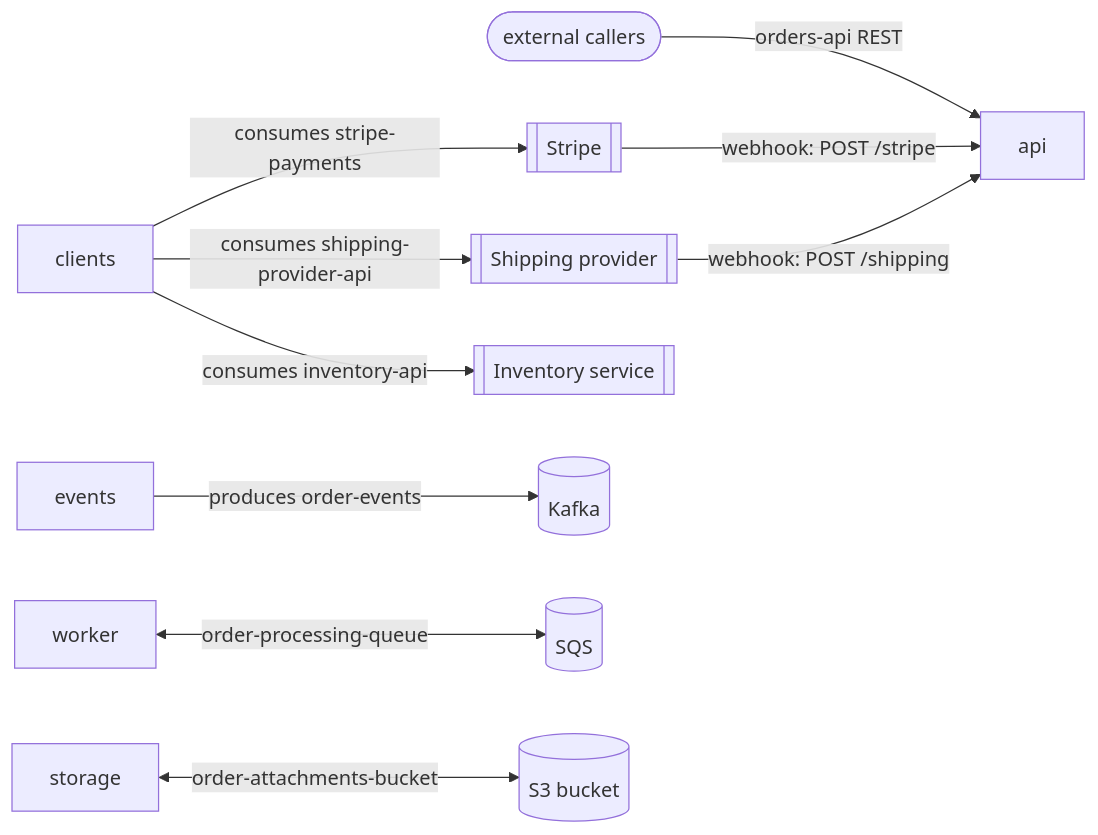
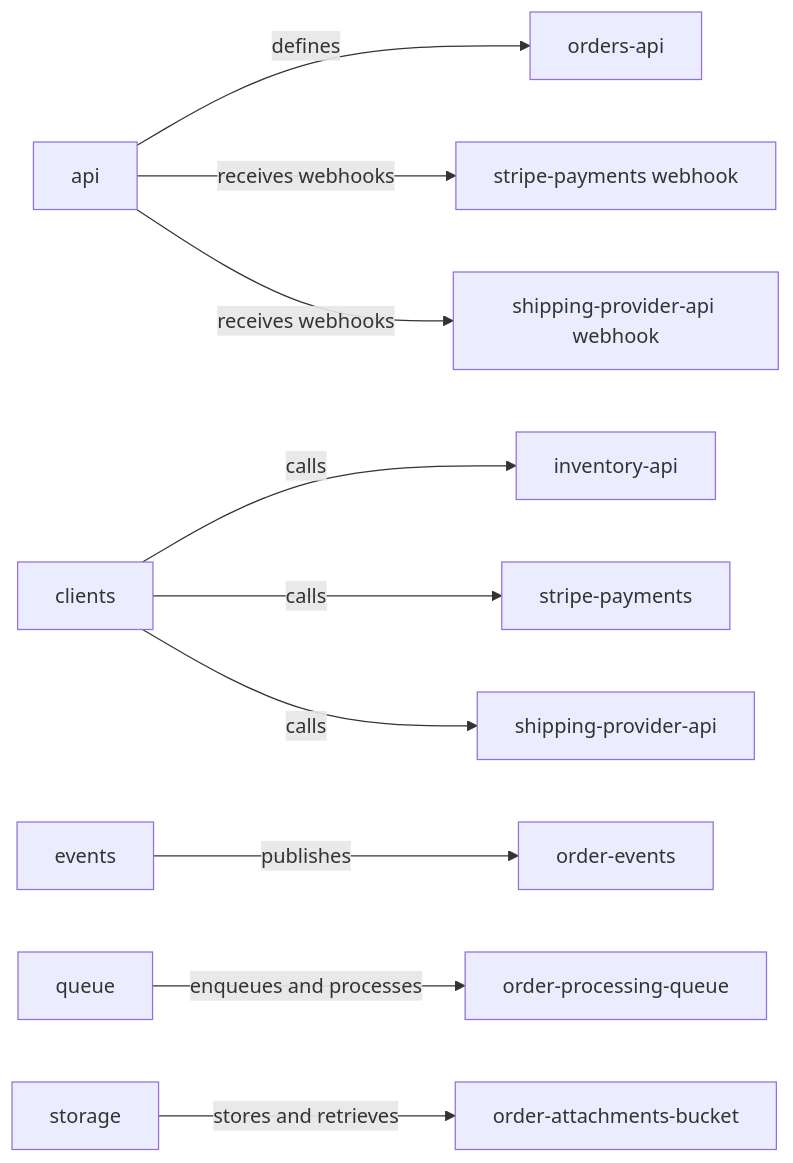
The diagram in docs/panopticon-test-child-b/architecture.md (industrial-curiosity/panopticon-test), drawn with Mermaid before and after one commit. The commit also changed other lines of this file and 11 other files, not shown here.

````diff
--- a/docs/panopticon-test-child-b/architecture.md
+++ b/docs/panopticon-test-child-b/architecture.md
@@ -22,17 +19,12 @@
 ```mermaid
 flowchart LR
-  callers([external callers]) -->|orders-api REST| api[api]
-
-  stripeExt[[Stripe]] -->|"webhook: POST /stripe"| api
-  shipExt[[Shipping provider]] -->|"webhook: POST /shipping"| api
-
-  clients[clients] -->|consumes inventory-api| invExt[[Inventory service]]
-  clients -->|consumes stripe-payments| stripeExt
-  clients -->|consumes shipping-provider-api| shipExt
-
-  events[events] -->|produces order-events| kafka[(Kafka)]
-
-  worker[worker] <-->|order-processing-queue| sqs[(SQS)]
-
-  storage[storage] <-->|order-attachments-bucket| s3[(S3 bucket)]
+  API[api] -->|defines| OrdersAPI[orders-api]
+  API -->|receives webhooks| StripeWH[stripe-payments webhook]
+  API -->|receives webhooks| ShippingWH[shipping-provider-api webhook]
+  Clients[clients] -->|calls| InventoryAPI[inventory-api]
+  Clients -->|calls| StripeREST[stripe-payments]
+  Clients -->|calls| ShippingREST[shipping-provider-api]
+  Events[events] -->|publishes| OrderEvents[order-events]
+  Queue[queue] -->|enqueues and processes| OrderQueue[order-processing-queue]
+  Storage[storage] -->|stores and retrieves| Attachments[order-attachments-bucket]
 ```
````
